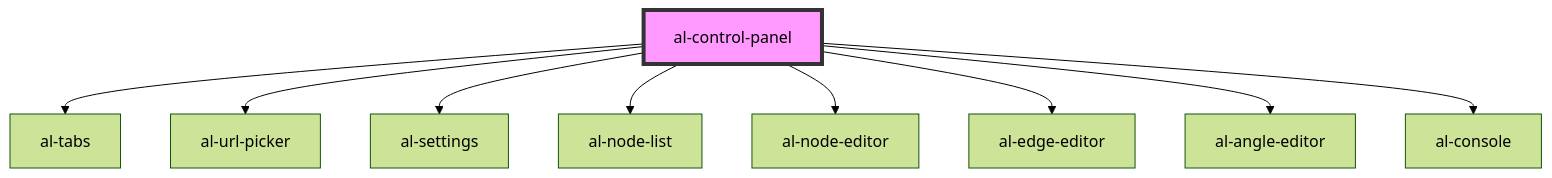
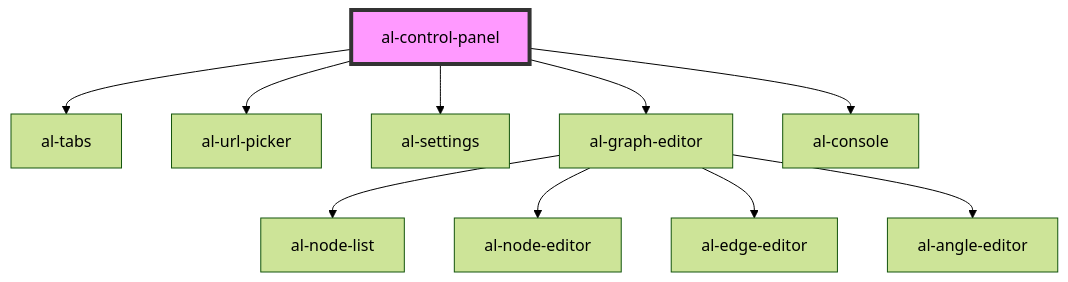
The diagram in src/components/al-control-panel/readme.md (aleph-viewer/aleph), drawn with Mermaid (forest theme) before and after one commit. The commit also changed other lines of this file and 11 other files, not shown here.

Commit message:
added al-graph-editor

````diff
--- a/src/components/al-control-panel/readme.md
+++ b/src/components/al-control-panel/readme.md
@@ -43,12 +40,13 @@
 ```mermaid
 graph TD;
   al-control-panel --> al-tabs
   al-control-panel --> al-url-picker
   al-control-panel --> al-settings
-  al-control-panel --> al-node-list
-  al-control-panel --> al-node-editor
-  al-control-panel --> al-edge-editor
-  al-control-panel --> al-angle-editor
+  al-control-panel --> al-graph-editor
   al-control-panel --> al-console
+  al-graph-editor --> al-node-list
+  al-graph-editor --> al-node-editor
+  al-graph-editor --> al-edge-editor
+  al-graph-editor --> al-angle-editor
   style al-control-panel fill:#f9f,stroke:#333,stroke-width:4px
 ```
````
